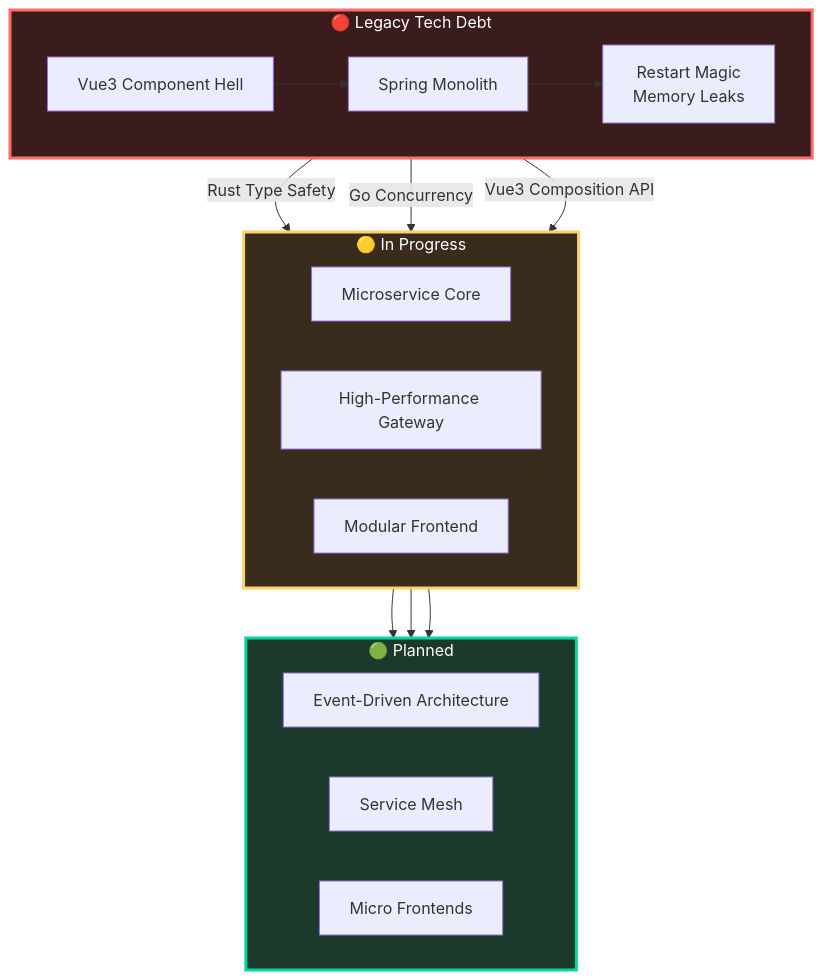
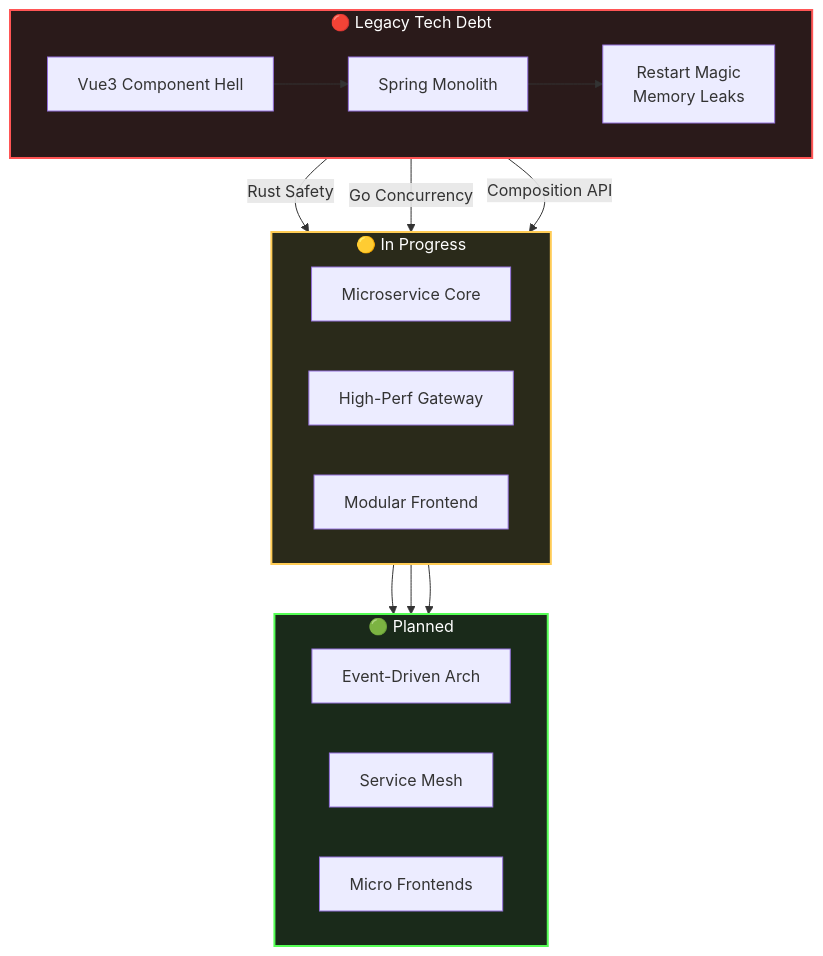
Before and after one commit to GuLuGuLu3399/GuLuGuLu3399: the diagram in README.md, drawn with Mermaid. The commit also changed other lines of this file, not shown here.

````diff
--- a/README.md
+++ b/README.md
@@ -74,26 +70,26 @@
 ```mermaid
 flowchart TD
     subgraph LEGACY[🔴 Legacy Tech Debt]
         direction LR
         A[Vue3 Component Hell] --> B[Spring Monolith]
         B --> C[Restart Magic<br/>Memory Leaks]
     end
     
     subgraph IN_PROGRESS[🟡 In Progress]
         direction LR
-        C -->|Rust Type Safety| D[Microservice Core]
-        B -->|Go Concurrency| E[High-Performance Gateway]
-        A -->|Vue3 Composition API| F[Modular Frontend]
+        C -->|Rust Safety| D[Microservice Core]
+        B -->|Go Concurrency| E[High-Perf Gateway]
+        A -->|Composition API| F[Modular Frontend]
     end
     
     subgraph FUTURE[🟢 Planned]
         direction LR
-        D --> G[Event-Driven Architecture]
+        D --> G[Event-Driven Arch]
         E --> H[Service Mesh]
         F --> I[Micro Frontends]
     end
     
-    style LEGACY fill:#3a1c1c,stroke:#ff6b6b,stroke-width:3px,color:#fff
-    style IN_PROGRESS fill:#3a2c1c,stroke:#ffd166,stroke-width:3px,color:#fff
-    style FUTURE fill:#1c3a2c,stroke:#06d6a0,stroke-width:3px,color:#fff
+    style LEGACY fill:#2a1a1a,stroke:#ff5555,stroke-width:2px,color:#fff
+    style IN_PROGRESS fill:#2a2a1a,stroke:#ffcc55,stroke-width:2px,color:#fff
+    style FUTURE fill:#1a2a1a,stroke:#55ff55,stroke-width:2px,color:#fff
 ```
````
